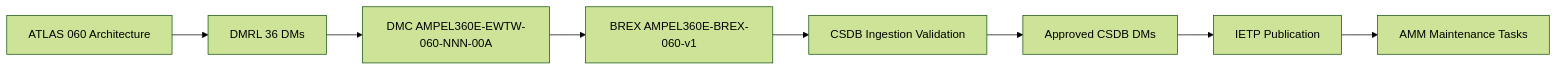
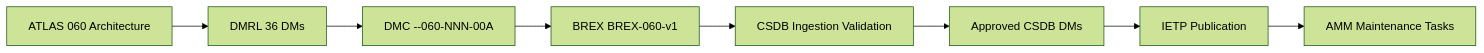
One commit to AmedeoPelliccia/Qplus-For-All-Queer-People-and-Quantum changed the first of 2 diagrams in Q+ATLANTIDE/000-099_ATLAS/060-069_Propulsion-Tradicional/060_Standard-Practices-Propeller-Rotor/060-090-S1000D-CSDB-Mapping-and-Traceability.md. Above: the diagram before and after it, drawn with Mermaid (forest theme). The commit also changed other lines of this file and 51 other files, not shown here.

First line of the commit message:
Generalize all 52 ATLAS S1000D-CSDB mapping files: remove AMPEL360E/eWTW/Programmes_example references, add scope: agnostic-standard, use generic DMC placeholders

````diff
--- a/Q+ATLANTIDE/000-099_ATLAS/060-069_Propulsion-Tradicional/060_Standard-Practices-Propeller-Rotor/060-090-S1000D-CSDB-Mapping-and-Traceability.md
+++ b/Q+ATLANTIDE/000-099_ATLAS/060-069_Propulsion-Tradicional/060_Standard-Practices-Propeller-Rotor/060-090-S1000D-CSDB-Mapping-and-Traceability.md
@@ -100,10 +100,10 @@
 ```mermaid
 flowchart LR
     A[ATLAS 060 Architecture] --> B[DMRL 36 DMs]
-    B --> C[DMC AMPEL360E-EWTW-060-NNN-00A]
-    C --> D[BREX AMPEL360E-BREX-060-v1]
+    B --> C[DMC <MODEL>-<SYSTEMDIFF>-060-NNN-00A]
+    C --> D[BREX BREX-060-v1]
     D --> E[CSDB Ingestion Validation]
     E --> F[Approved CSDB DMs]
     F --> G[IETP Publication]
     G --> H[AMM Maintenance Tasks]
 ```
````
